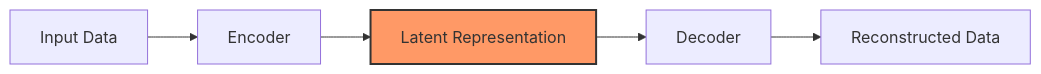
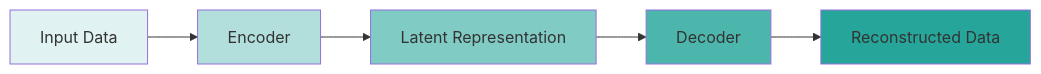
The first of 6 diagrams in C_4.md (Chaklader/landmark-classification-cnn), drawn with Mermaid before and after one commit. The commit also changed other lines of this file, not shown here.

````diff
--- a/C_4.md
+++ b/C_4.md
@@ -57,8 +60,12 @@
 ```mermaid
 graph LR
-    Input[Input Data] --> Encoder
-    Encoder --> Bottleneck[Latent Representation]
-    Bottleneck --> Decoder
-    Decoder --> Output[Reconstructed Data]
-    style Bottleneck fill:#f96,stroke:#333,stroke-width:2px
+    A["Input Data"] --> B["Encoder"]
+    B --> C["Latent Representation"]
+    C --> D["Decoder"]
+    D --> E["Reconstructed Data"]
+    style A fill:#E0F2F1
+    style B fill:#B2DFDB
+    style C fill:#80CBC4
+    style D fill:#4DB6AC
+    style E fill:#26A69A
 ```
````
